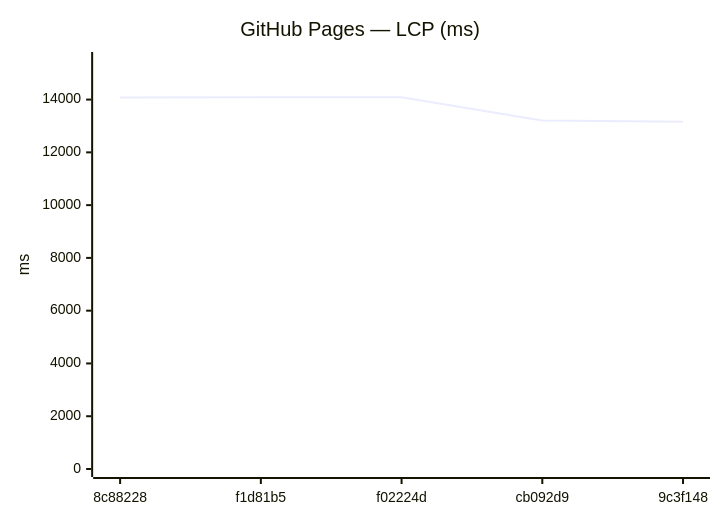
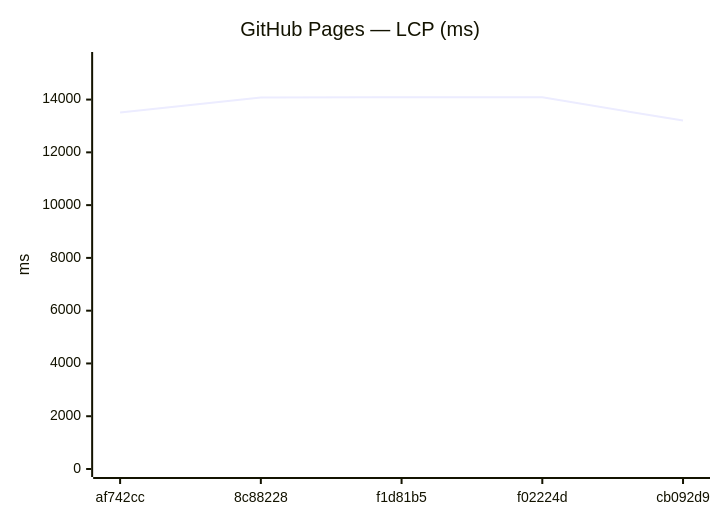
Before and after one commit to Metaheurist/Rianell: the ninth of 18 diagrams in benchmarks/compare.md, drawn with Mermaid. The commit also changed other lines of this file and 12 other files, not shown here.

````diff
--- a/benchmarks/compare.md
+++ b/benchmarks/compare.md
@@ -142,7 +142,7 @@
 ```mermaid
 xychart-beta
     title "GitHub Pages — LCP (ms)"
-    x-axis ["8c88228", "f1d81b5", "f02224d", "cb092d9", "9c3f148"]
+    x-axis ["af742cc", "8c88228", "f1d81b5", "f02224d", "cb092d9"]
     y-axis "ms" 0 --> 15500
-    line [14082, 14090, 14084, 13204, 13156]
+    line [13510, 14082, 14090, 14084, 13204]
 ```
````
